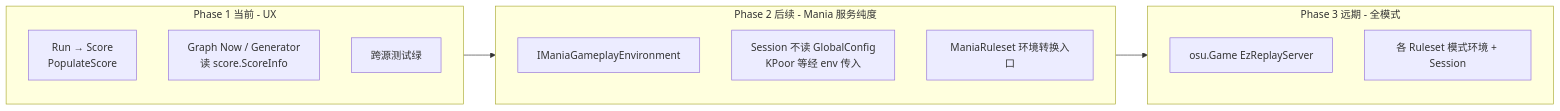
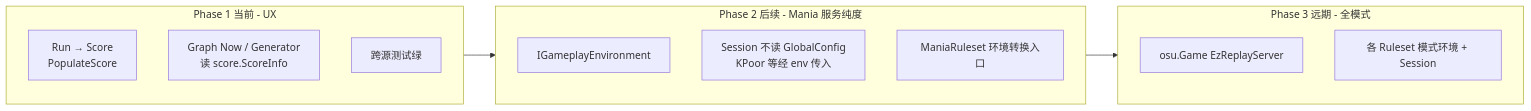
The second of 2 diagrams in osu.Game.Rulesets.Mania/EzMania/ReplayJudge/REPLAY_JUDGE_MERGE.md (SK-la/Ez2Lazer), drawn with Mermaid before and after one commit. The commit also changed other lines of this file and 26 other files, not shown here.

````diff
--- a/osu.Game.Rulesets.Mania/EzMania/ReplayJudge/REPLAY_JUDGE_MERGE.md
+++ b/osu.Game.Rulesets.Mania/EzMania/ReplayJudge/REPLAY_JUDGE_MERGE.md
@@ -180,18 +180,18 @@
 ```mermaid
 flowchart LR
   subgraph phase1 [Phase 1 当前 - UX]
     P1A["Run → Score\nPopulateScore"]
     P1B["Graph Now / Generator\n读 score.ScoreInfo"]
     P1C["跨源测试绿"]
   end
   subgraph phase2 [Phase 2 后续 - Mania 服务纯度]
-    P2A["IManiaGameplayEnvironment"]
+    P2A["IGameplayEnvironment"]
     P2B["Session 不读 GlobalConfig\nKPoor 等经 env 传入"]
     P2C["ManiaRuleset 环境转换入口"]
   end
   subgraph phase3 [Phase 3 远期 - 全模式]
     P3A["osu.Game EzReplayServer"]
     P3B["各 Ruleset 模式环境 + Session"]
   end
   phase1 --> phase2 --> phase3
 ```
````
